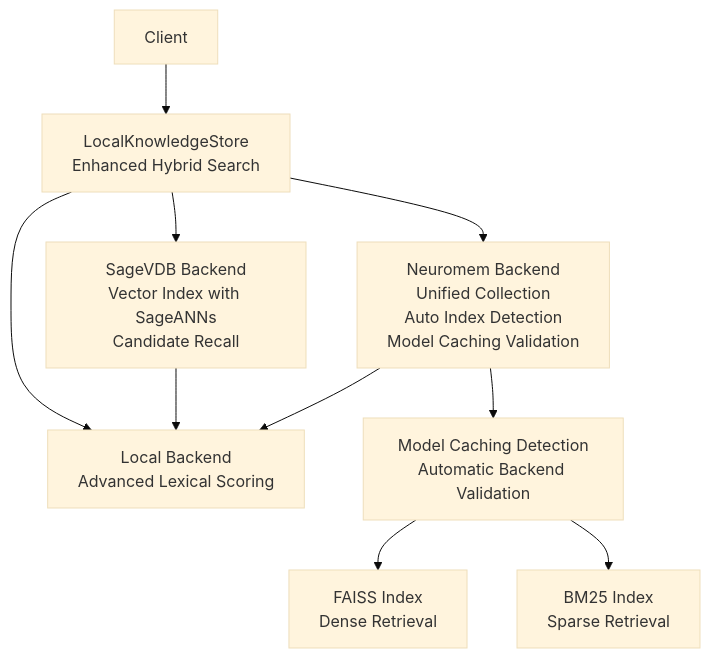
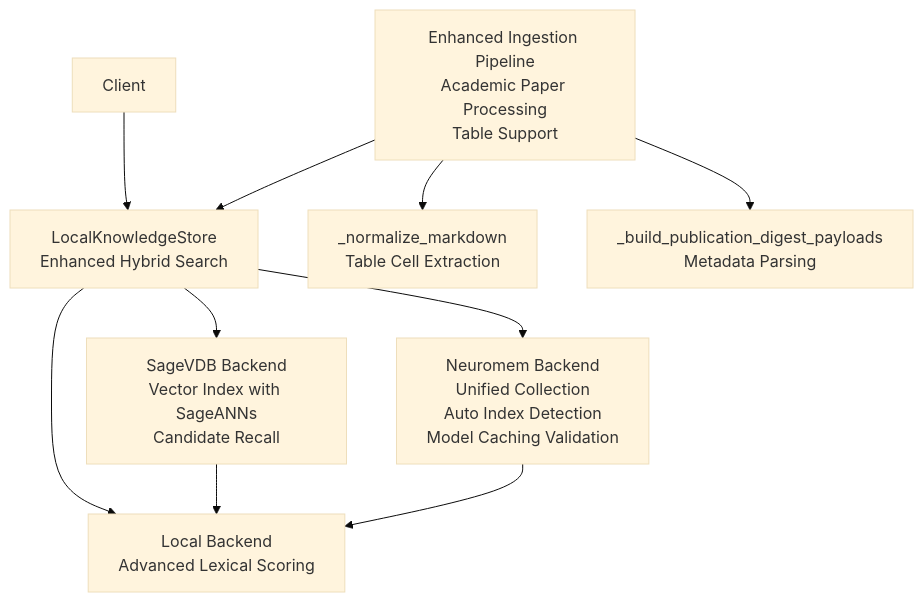
The second of 12 diagrams in .qoder/repowiki/en/content/Knowledge Management/Knowledge Base Storage.md (intellistream/sage-mate), drawn with Mermaid (base theme) before and after one commit. The commit also changed other lines of this file and 60 other files, not shown here.

````diff
--- a/.qoder/repowiki/en/content/Knowledge Management/Knowledge Base Storage.md
+++ b/.qoder/repowiki/en/content/Knowledge Management/Knowledge Base Storage.md
@@ -138,17 +153,18 @@
 ```mermaid
 graph TB
 Client["Client"]
 Store["LocalKnowledgeStore<br/>Enhanced Hybrid Search"]
 Local["Local Backend<br/>Advanced Lexical Scoring"]
 SageVDB["SageVDB Backend<br/>Vector Index with SageANNs<br/>Candidate Recall"]
 Neuromem["Neuromem Backend<br/>Unified Collection<br/>Auto Index Detection<br/>Model Caching Validation"]
+EnhancedIngestion["Enhanced Ingestion Pipeline<br/>Academic Paper Processing<br/>Table Support"]
 Client --> Store
 Store --> Local
 Store --> SageVDB
 Store --> Neuromem
 SageVDB --> Local
 Neuromem --> Local
-Neuromem --> Validation["Model Caching Detection<br/>Automatic Backend Validation"]
-Validation --> FAISS["FAISS Index<br/>Dense Retrieval"]
-Validation --> BM25["BM25 Index<br/>Sparse Retrieval"]
+EnhancedIngestion --> Store
+EnhancedIngestion --> MD["_normalize_markdown<br/>Table Cell Extraction"]
+EnhancedIngestion --> PD["_build_publication_digest_payloads<br/>Metadata Parsing"]
 ```
````
